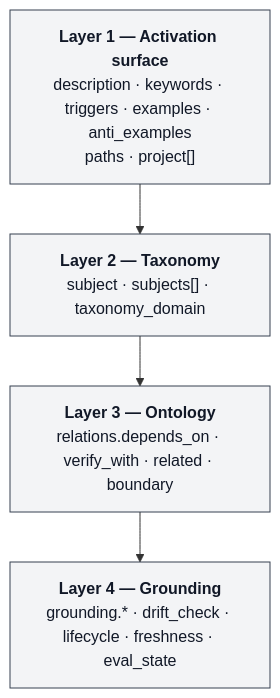
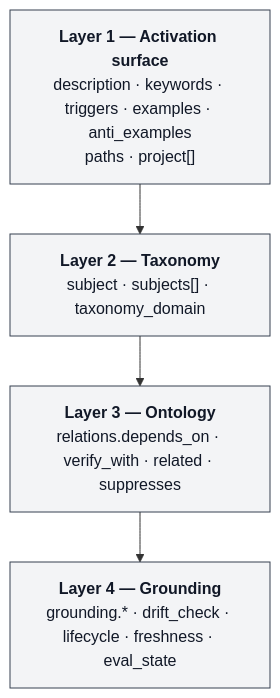
One commit to jacob-balslev/skill-graph changed the diagram in skill-metadata-protocol/PRIMER.md. Above: the diagram before and after it, drawn with Mermaid. The commit also changed other lines of this file and 96 other files, not shown here.

````diff
--- a/skill-metadata-protocol/PRIMER.md
+++ b/skill-metadata-protocol/PRIMER.md
@@ -110,12 +110,12 @@
 ```mermaid
 flowchart TB
   L1["<b>Layer 1 — Activation surface</b><br/>description · keywords · triggers · examples · anti_examples<br/>paths · project[]"]
   L2["<b>Layer 2 — Taxonomy</b><br/>subject · subjects[] · taxonomy_domain"]
-  L3["<b>Layer 3 — Ontology</b><br/>relations.depends_on · verify_with · related · boundary"]
+  L3["<b>Layer 3 — Ontology</b><br/>relations.depends_on · verify_with · related · suppresses"]
   L4["<b>Layer 4 — Grounding</b><br/>grounding.* · drift_check · lifecycle · freshness · eval_state"]
 
   L1 --> L2 --> L3 --> L4
 
   classDef layer fill:#f3f4f6,stroke:#374151,color:#111827
   class L1,L2,L3,L4 layer
 ```
````
